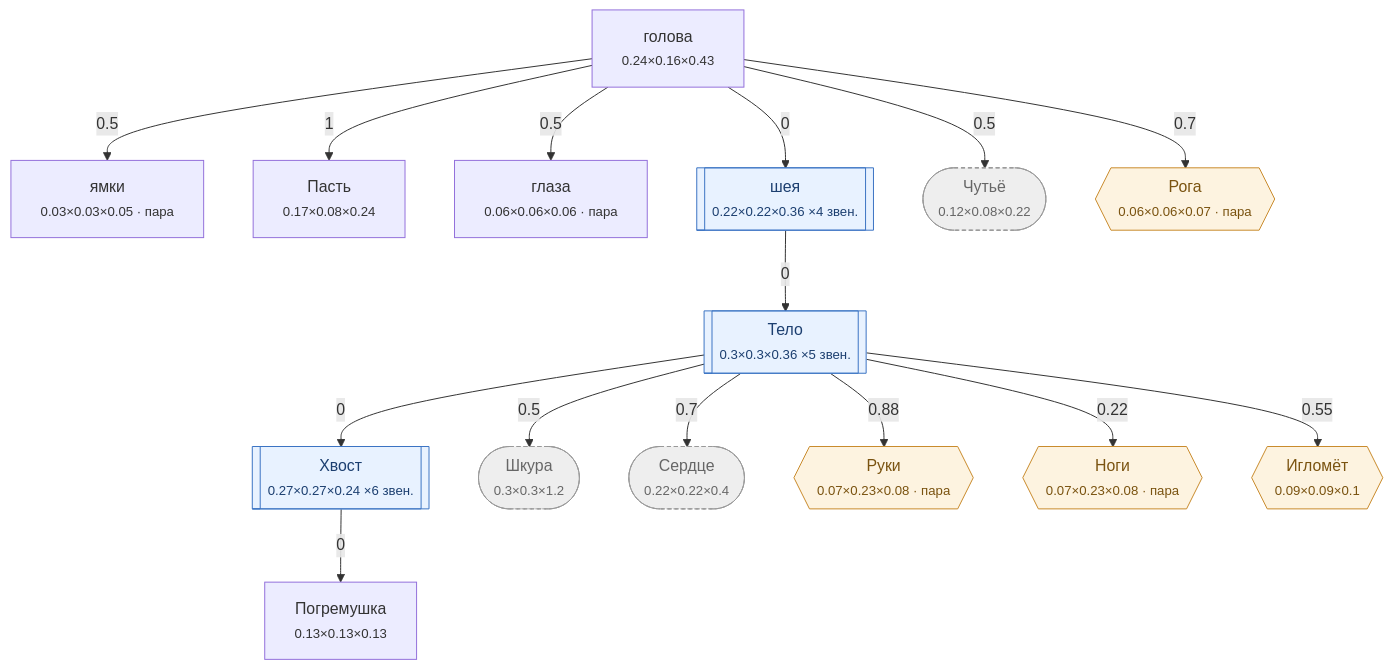
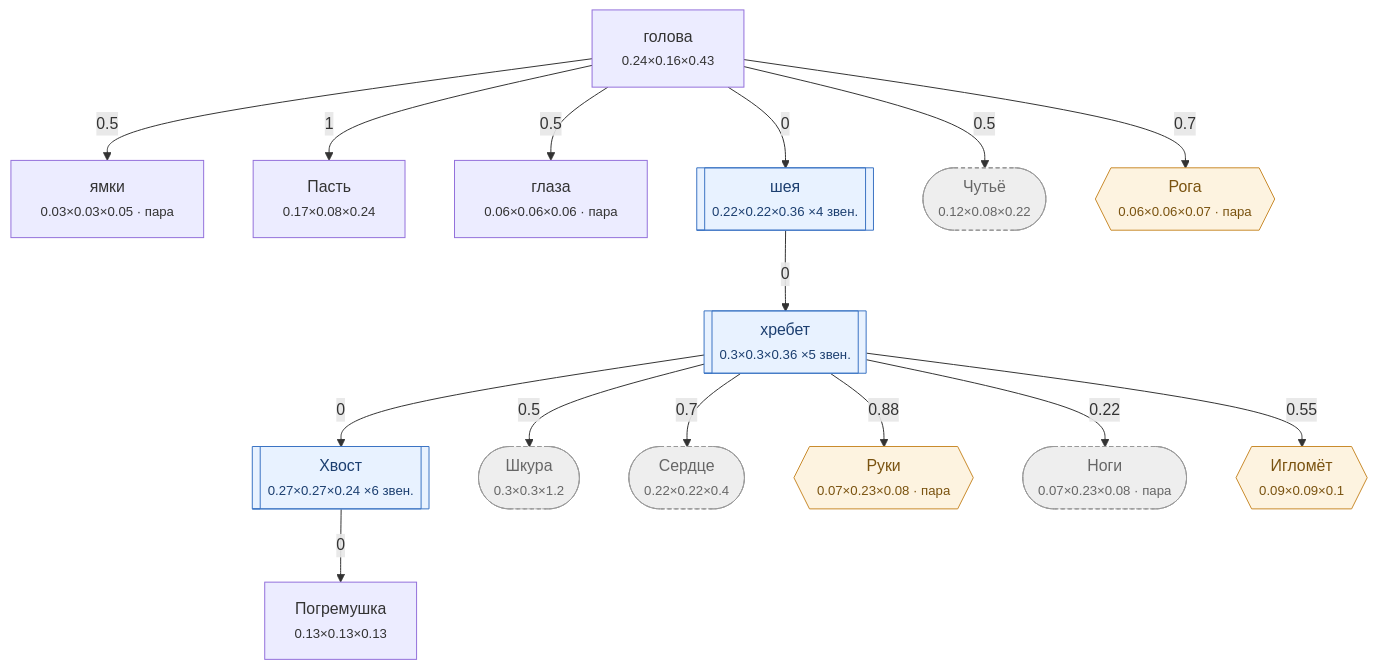
One commit to darklordshish/ChimeraEvolution-2026-06-26_15-29-59 changed the diagram in Docs/Диаграммы/Змея.md. Above: the diagram before and after it, drawn with Mermaid. The commit also changed other lines of this file and 3 other files, not shown here.

````diff
--- a/Docs/Диаграммы/Змея.md
+++ b/Docs/Диаграммы/Змея.md
@@ -51,40 +51,40 @@
 ```mermaid
 flowchart TD
     n0["ямки<br/><small>0.03×0.03×0.05 · пара</small>"]
     n1["голова<br/><small>0.24×0.16×0.43</small>"]
     n2["Пасть<br/><small>0.17×0.08×0.24</small>"]
     n3["глаза<br/><small>0.06×0.06×0.06 · пара</small>"]
     n4[["шея<br/><small>0.22×0.22×0.36 ×4 звен.</small>"]]
-    n5[["Тело<br/><small>0.3×0.3×0.36 ×5 звен.</small>"]]
+    n5[["хребет<br/><small>0.3×0.3×0.36 ×5 звен.</small>"]]
     n6[["Хвост<br/><small>0.27×0.27×0.24 ×6 звен.</small>"]]
     n7["Погремушка<br/><small>0.13×0.13×0.13</small>"]
     n8(["Шкура<br/><small>0.3×0.3×1.2</small>"])
     n9(["Сердце<br/><small>0.22×0.22×0.4</small>"])
     n10(["Чутьё<br/><small>0.12×0.08×0.22</small>"])
     n11{{"Руки<br/><small>0.07×0.23×0.08 · пара</small>"}}
-    n12{{"Ноги<br/><small>0.07×0.23×0.08 · пара</small>"}}
+    n12(["Ноги<br/><small>0.07×0.23×0.08 · пара</small>"])
     n13{{"Рога<br/><small>0.06×0.06×0.07 · пара</small>"}}
     n14{{"Игломёт<br/><small>0.09×0.09×0.1</small>"}}
 
     n1 -->|0.5| n0
     n1 -->|1| n2
     n1 -->|0.5| n3
     n1 -->|0| n4
     n4 -->|0| n5
     n5 -->|0| n6
     n6 -->|0| n7
     n5 -->|0.5| n8
     n5 -->|0.7| n9
     n1 -->|0.5| n10
     n5 -->|0.88| n11
     n5 -->|0.22| n12
     n1 -->|0.7| n13
     n5 -->|0.55| n14
 
     classDef hid fill:#eee,stroke:#999,stroke-dasharray:4 3,color:#666
     classDef gr fill:#fdf3e0,stroke:#c98a2b,color:#7a5310
     classDef ch fill:#e8f2ff,stroke:#3b74c4,color:#1c3f70
-    class n8,n9,n10 hid
-    class n11,n12,n13,n14 gr
+    class n8,n9,n10,n12 hid
+    class n11,n13,n14 gr
     class n4,n5,n6 ch
 ```
````
